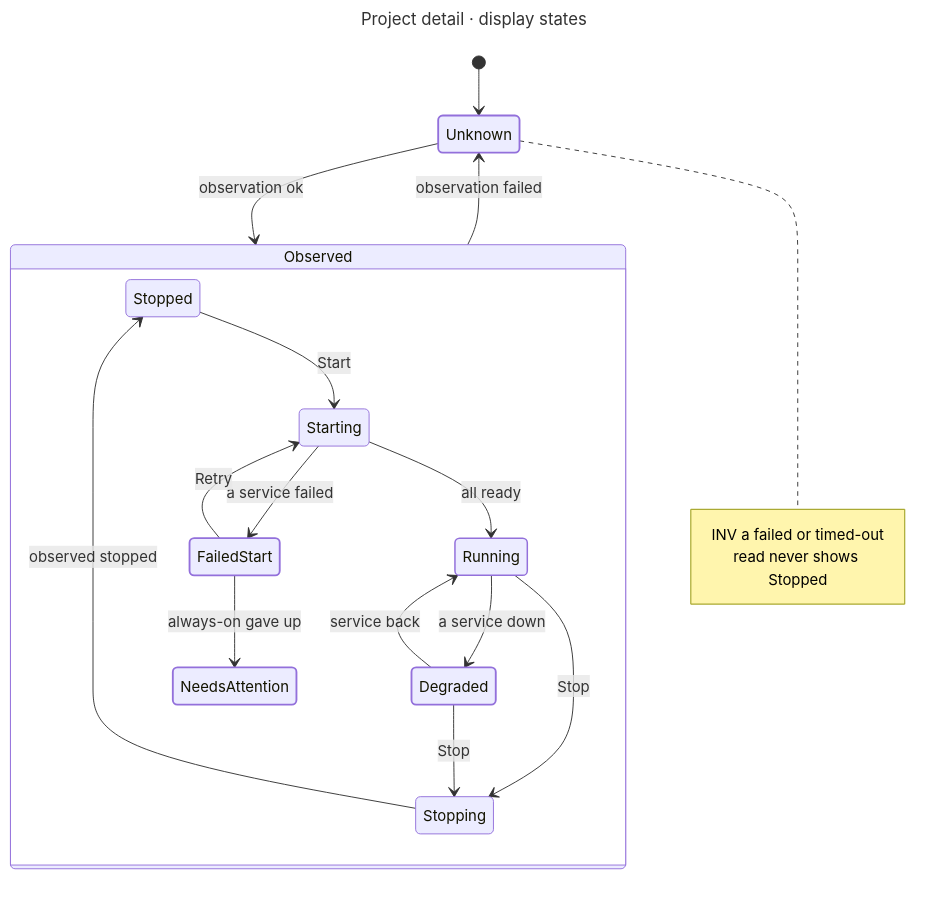
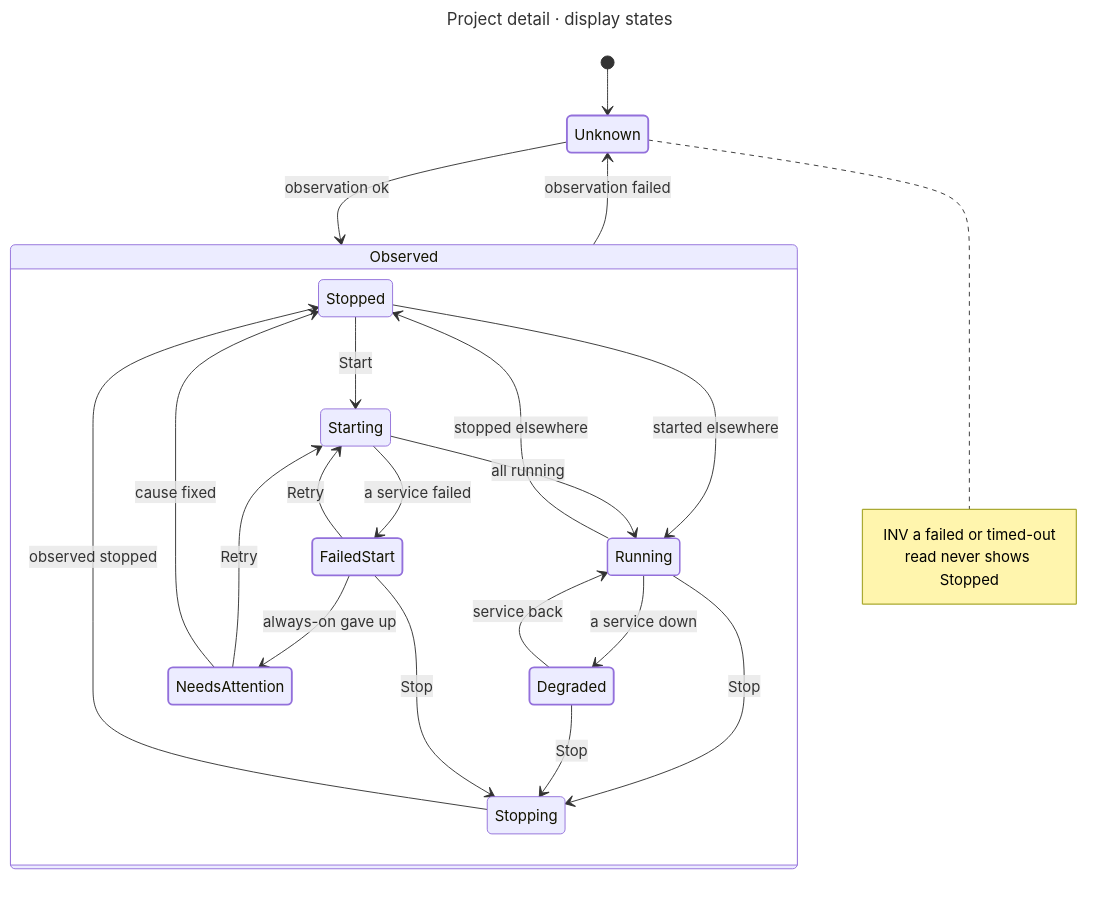
Before and after one commit to hack-dance/hack: the diagram in apps/desktop/diagrams/project-state.mmd, drawn with Mermaid. The commit also changed 6 other files, not shown here.

```diff
--- a/apps/desktop/diagrams/project-state.mmd
+++ b/apps/desktop/diagrams/project-state.mmd
@@ -1,28 +1,33 @@
 ---
 title: Project detail · display states
 ---
 stateDiagram-v2
   direction TB
   [*] --> Unknown
   Unknown --> Observed : observation ok
   Observed --> Unknown : observation failed
   state Observed {
     Stopped --> Starting : Start
-    Starting --> Running : all ready
+    Stopped --> Running : started elsewhere
+    Starting --> Running : all running
     Starting --> FailedStart : a service failed
     Running --> Degraded : a service down
     Degraded --> Running : service back
     Running --> Stopping : Stop
     Degraded --> Stopping : Stop
+    FailedStart --> Stopping : Stop
+    Running --> Stopped : stopped elsewhere
     Stopping --> Stopped : observed stopped
     FailedStart --> Starting : Retry
     FailedStart --> NeedsAttention : always-on gave up
+    NeedsAttention --> Starting : Retry
+    NeedsAttention --> Stopped : cause fixed
   }
   note right of Unknown
     INV a failed or timed-out
     read never shows Stopped
   end note
   classDef live stroke-width:1.6px
   classDef fail stroke-width:2px
   class Running live
   class FailedStart,NeedsAttention,Degraded,Unknown fail
```
